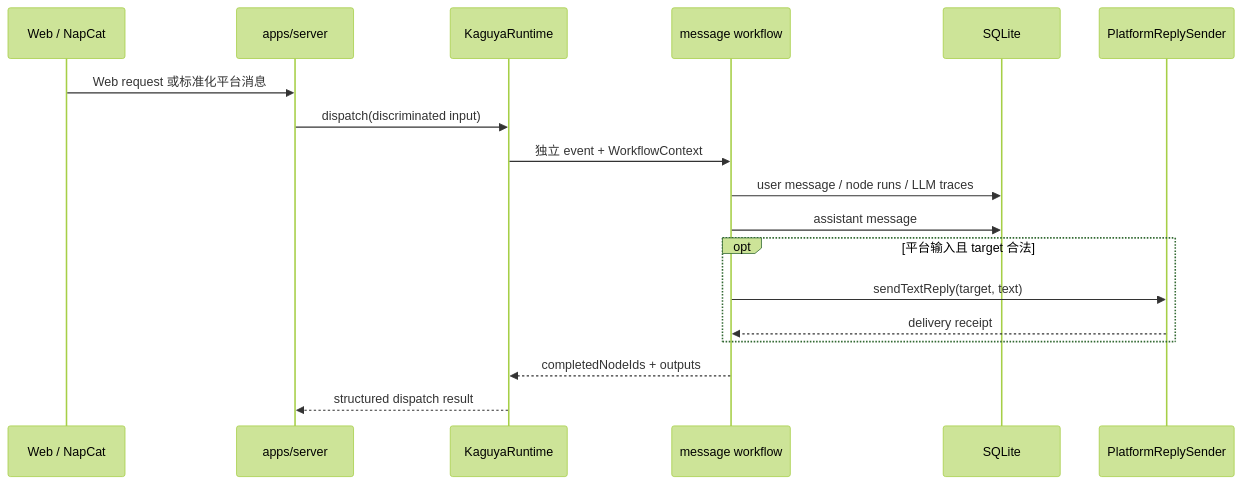
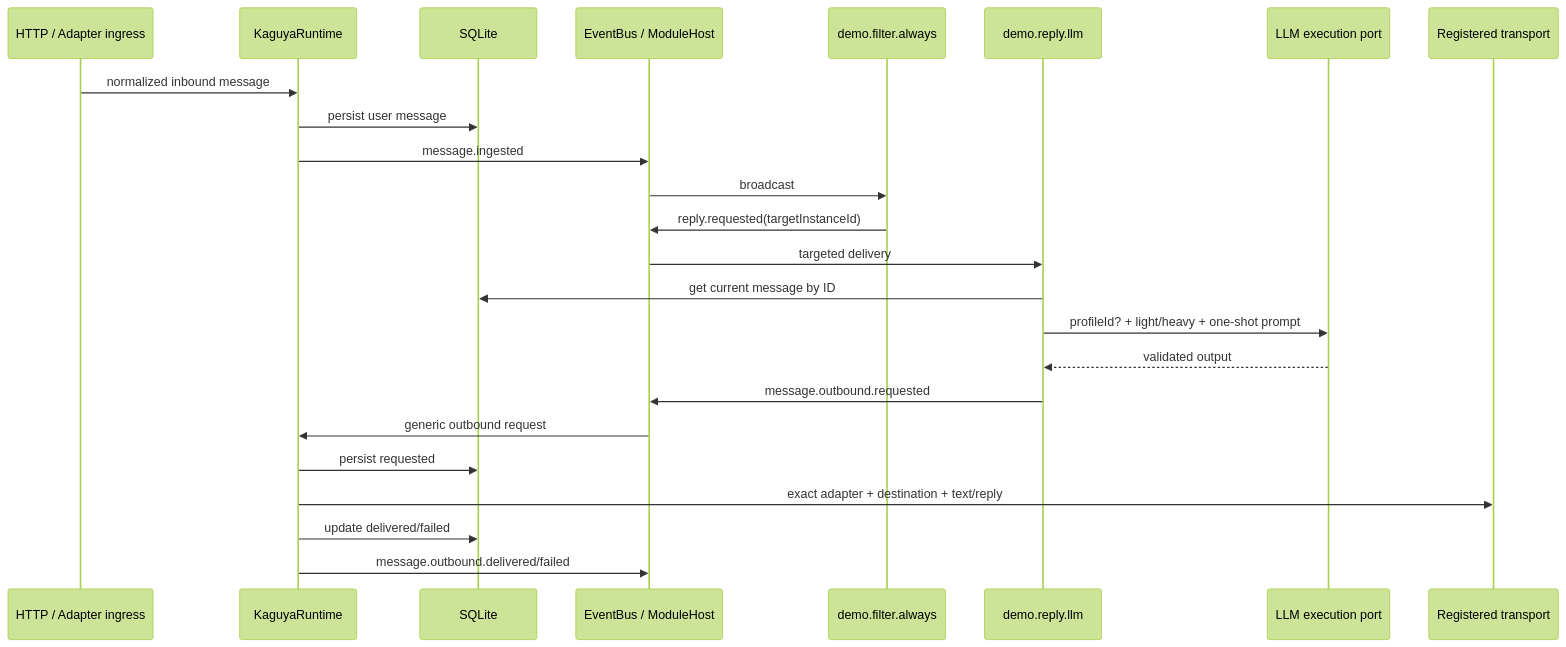
The second of 2 diagrams in docs/architecture.md (posanbu/Kaguya), drawn with Mermaid (forest theme) before and after one commit. The commit also changed other lines of this file and 69 other files, not shown here.

Commit message:
feat: integrate sessionless module runtime

````diff
--- a/docs/architecture.md
+++ b/docs/architecture.md
@@ -58,21 +40,27 @@
 ```mermaid
 sequenceDiagram
-  participant Ingress as Web / NapCat
-  participant Server as apps/server
-  participant Runtime as KaguyaRuntime
-  participant Flow as message workflow
+  participant Ingress as HTTP / Adapter ingress
+  participant Core as KaguyaRuntime
   participant DB as SQLite
-  participant Sender as PlatformReplySender
+  participant Bus as EventBus / ModuleHost
+  participant Filter as demo.filter.always
+  participant Reply as demo.reply.llm
+  participant LLM as LLM execution port
+  participant Transport as Registered transport
 
-  Ingress->>Server: Web request 或标准化平台消息
-  Server->>Runtime: dispatch(discriminated input)
-  Runtime->>Flow: 独立 event + WorkflowContext
-  Flow->>DB: user message / node runs / LLM traces
-  Flow->>DB: assistant message
-  opt 平台输入且 target 合法
-    Flow->>Sender: sendTextReply(target, text)
-    Sender-->>Flow: delivery receipt
-  end
-  Flow-->>Runtime: completedNodeIds + outputs
-  Runtime-->>Server: structured dispatch result
+  Ingress->>Core: normalized inbound message
+  Core->>DB: persist user message
+  Core->>Bus: message.ingested
+  Bus->>Filter: broadcast
+  Filter->>Bus: reply.requested(targetInstanceId)
+  Bus->>Reply: targeted delivery
+  Reply->>DB: get current message by ID
+  Reply->>LLM: profileId? + light/heavy + one-shot prompt
+  LLM-->>Reply: validated output
+  Reply->>Bus: message.outbound.requested
+  Bus->>Core: generic outbound request
+  Core->>DB: persist requested
+  Core->>Transport: exact adapter + destination + text/reply
+  Core->>DB: update delivered/failed
+  Core->>Bus: message.outbound.delivered/failed
 ```
````
